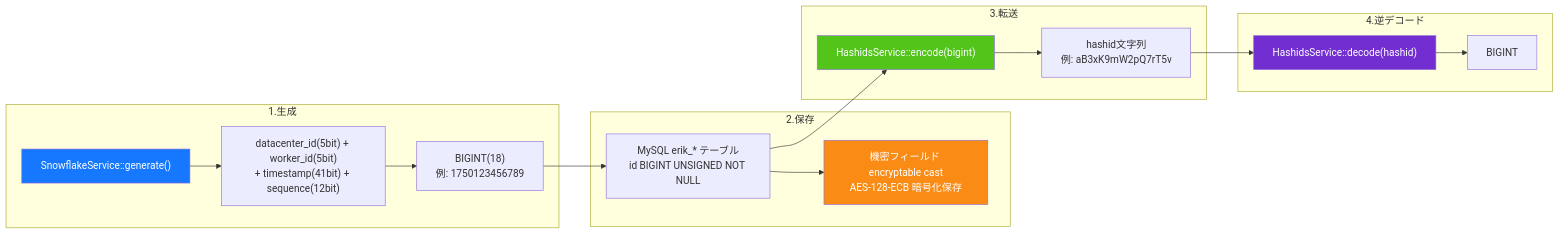
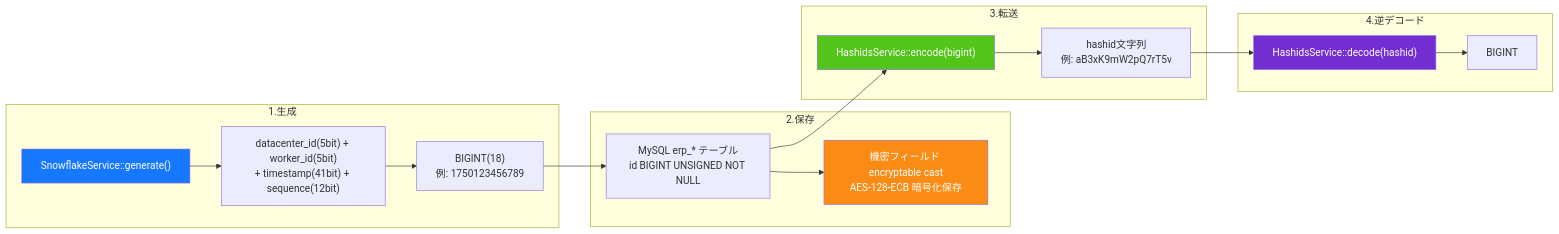
Before and after one commit to erikwang2013/erp-php: the diagram in docs/i18n/ja/diagrams/06-id-lifecycle.md, drawn with Mermaid. The commit also changed 449 other files, not shown here.

First line of the commit message:
全局命名统一：数据库 erp、表前缀 erp_、Redis 前缀 erp:（原 erik_/open_admin）

````diff
--- a/docs/i18n/ja/diagrams/06-id-lifecycle.md
+++ b/docs/i18n/ja/diagrams/06-id-lifecycle.md
@@ -3,32 +3,32 @@
 ```mermaid
 flowchart LR
     subgraph gen["1.生成"]
         g1["SnowflakeService::generate()"]
         g2["datacenter_id(5bit) + worker_id(5bit)<br/>+ timestamp(41bit) + sequence(12bit)"]
         g3["BIGINT(18)<br/>例: 1750123456789"]
         g1 --> g2 --> g3
     end
 
     subgraph store["2.保存"]
-        s1["MySQL erik_* テーブル<br/>id BIGINT UNSIGNED NOT NULL"]
+        s1["MySQL erp_* テーブル<br/>id BIGINT UNSIGNED NOT NULL"]
         s2["機密フィールド encryptable cast<br/>AES-128-ECB 暗号化保存"]
         g3 --> s1 --> s2
     end
 
     subgraph transfer["3.転送"]
         t1["HashidsService::encode(bigint)"]
         t2["hashid文字列<br/>例: aB3xK9mW2pQ7rT5v"]
         s1 --> t1 --> t2
     end
 
     subgraph reverse["4.逆デコード"]
         r1["HashidsService::decode(hashid)"]
         r2["BIGINT"]
         t2 --> r1 --> r2
     end
 
     style g1 fill:#1677FF,color:#fff
     style s2 fill:#FA8C16,color:#fff
     style t1 fill:#52C41A,color:#fff
     style r1 fill:#722ED1,color:#fff
 ```
````
